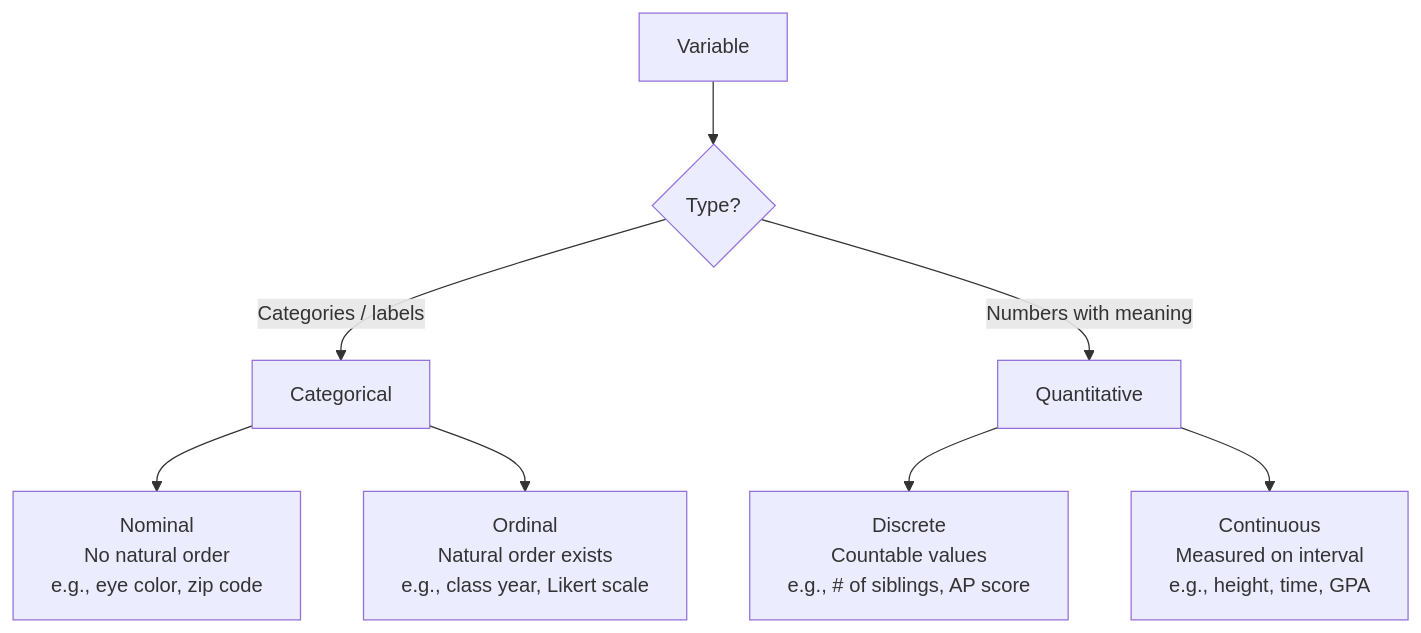
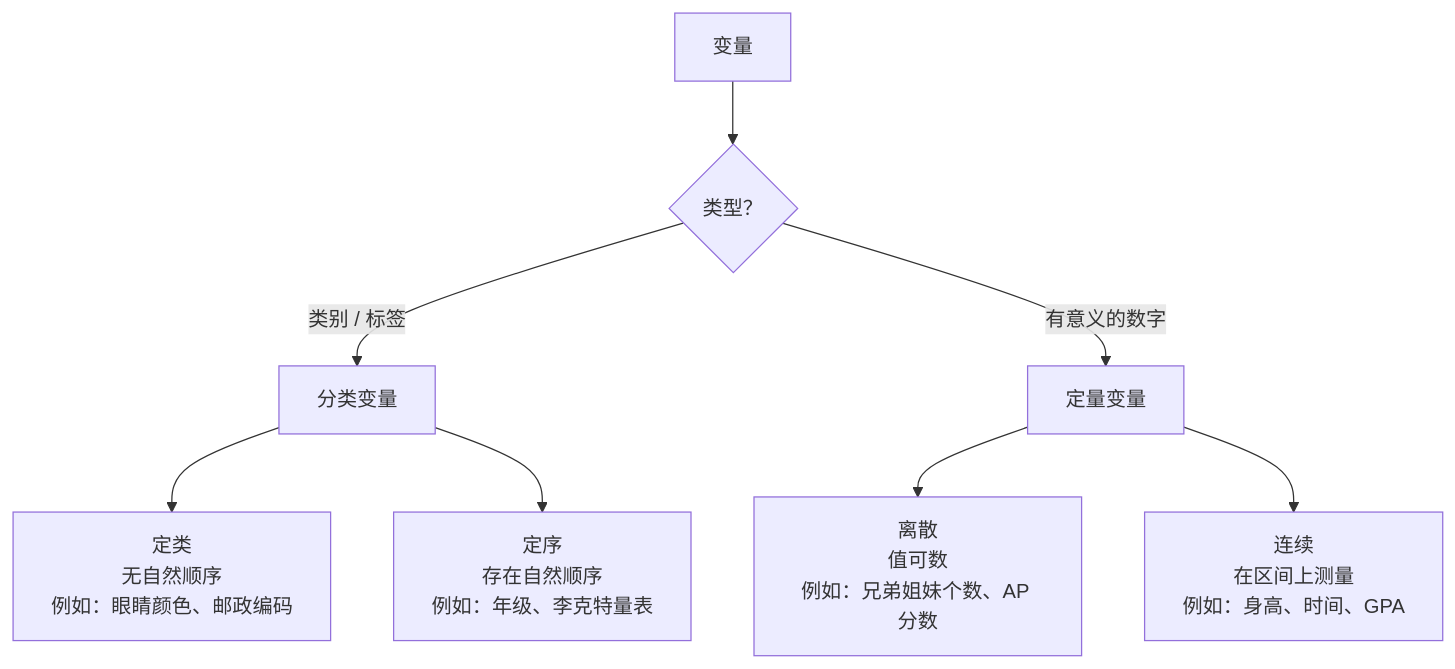
One commit to xieguaiwu/Notes changed the diagram in Math/Statistics/AP_Statistics/Unit_1_One-Variable_Data.md. Above: the diagram before and after it, drawn with Mermaid. The commit also changed other lines of this file and 30 other files, not shown here.

Commit message:
obsidian-note-generation: translate all AP Statistics notes to Chinese, fix format issues (H1, --- separators, Unicode→LaTeX), add chart types review note

````diff
--- a/Math/Statistics/AP_Statistics/Unit_1_One-Variable_Data.md
+++ b/Math/Statistics/AP_Statistics/Unit_1_One-Variable_Data.md
@@ -21,10 +21,10 @@
 ```mermaid
 flowchart TD
-    A[Variable] --> B{Type?}
-    B -->|"Categories / labels"| C[Categorical]
-    B -->|"Numbers with meaning"| D[Quantitative]
-    C --> E[Nominal<br/>No natural order<br/>e.g., eye color, zip code]
-    C --> F[Ordinal<br/>Natural order exists<br/>e.g., class year, Likert scale]
-    D --> G[Discrete<br/>Countable values<br/>e.g., # of siblings, AP score]
-    D --> H[Continuous<br/>Measured on interval<br/>e.g., height, time, GPA]
+    A[变量] --> B{类型？}
+    B -->|"类别 / 标签"| C[分类变量]
+    B -->|"有意义的数字"| D[定量变量]
+    C --> E[定类<br/>无自然顺序<br/>例如：眼睛颜色、邮政编码]
+    C --> F[定序<br/>存在自然顺序<br/>例如：年级、李克特量表]
+    D --> G[离散<br/>值可数<br/>例如：兄弟姐妹个数、AP 分数]
+    D --> H[连续<br/>在区间上测量<br/>例如：身高、时间、GPA]
 ```
````
